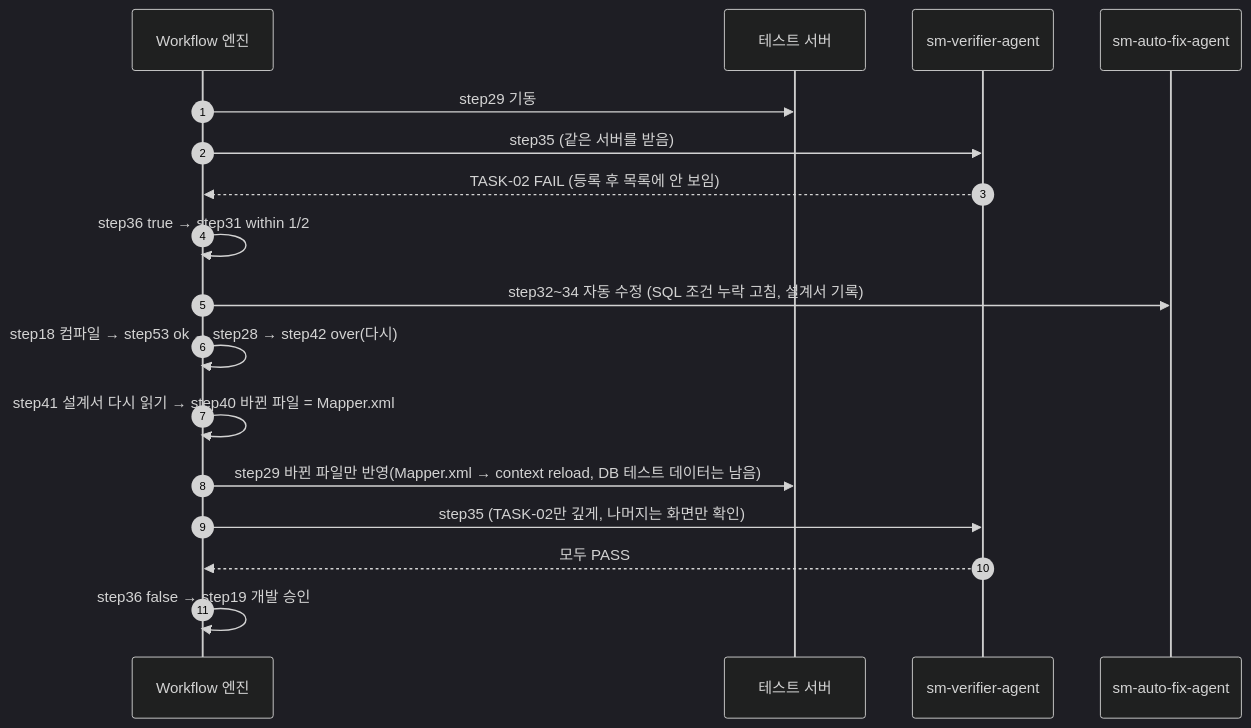
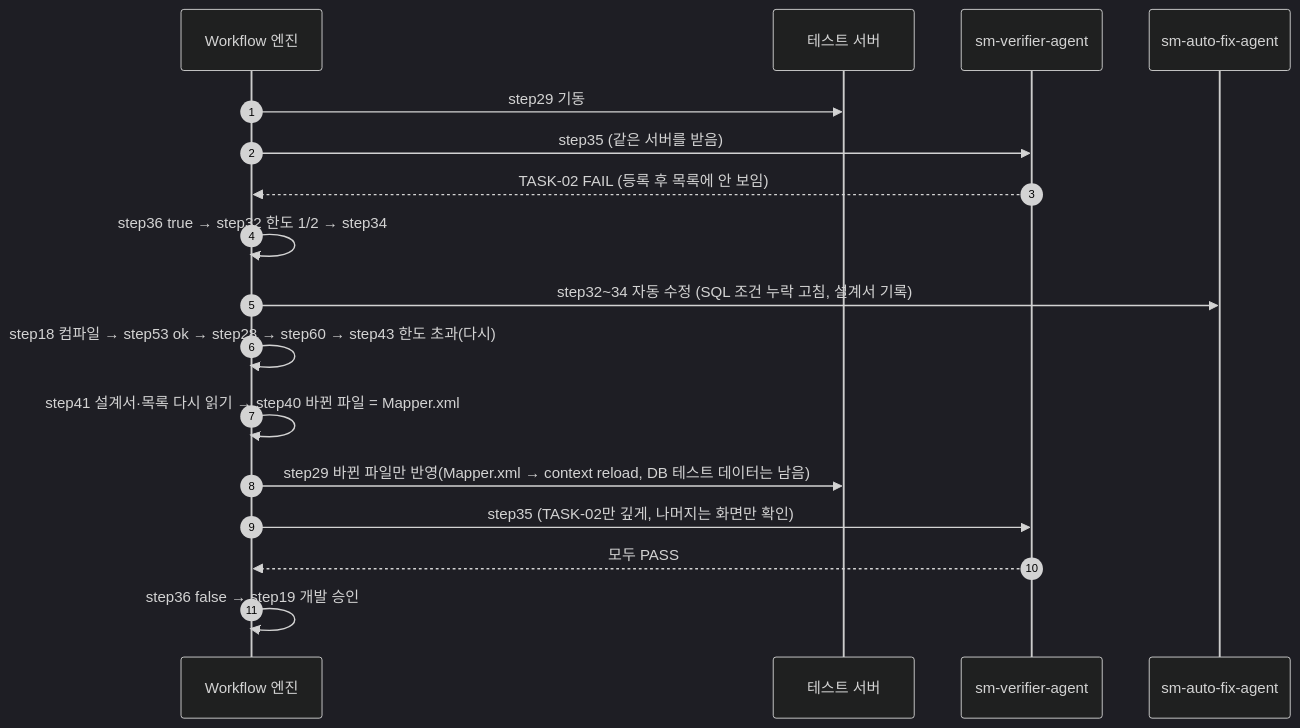
Diagram 23 of 24 in docs/09.dstone-ai-engine-sm-workflow.md (YongSoekChoeng/dstone), drawn with Mermaid (dark theme) before and after one commit. The commit also changed other lines of this file and 26 other files, not shown here.

````diff
--- a/docs/09.dstone-ai-engine-sm-workflow.md
+++ b/docs/09.dstone-ai-engine-sm-workflow.md
@@ -1667,19 +1599,19 @@
 ```mermaid
 sequenceDiagram
     autonumber
     participant WF as Workflow 엔진
     participant SB as 테스트 서버
     participant VF as sm-verifier-agent
     participant FX as sm-auto-fix-agent
     WF->>SB: step29 기동
     WF->>VF: step35 (같은 서버를 받음)
     VF-->>WF: TASK-02 FAIL (등록 후 목록에 안 보임)
-    WF->>WF: step36 true → step31 within 1/2
+    WF->>WF: step36 true → step32 한도 1/2 → step34
     WF->>FX: step32~34 자동 수정 (SQL 조건 누락 고침, 설계서 기록)
-    WF->>WF: step18 컴파일 → step53 ok → step28 → step42 over(다시)
-    WF->>WF: step41 설계서 다시 읽기 → step40 바뀐 파일 = Mapper.xml
+    WF->>WF: step18 컴파일 → step53 ok → step28 → step60 → step43 한도 초과(다시)
+    WF->>WF: step41 설계서·목록 다시 읽기 → step40 바뀐 파일 = Mapper.xml
     WF->>SB: step29 바뀐 파일만 반영(Mapper.xml → context reload, DB 테스트 데이터는 남음)
     WF->>VF: step35 (TASK-02만 깊게, 나머지는 화면만 확인)
     VF-->>WF: 모두 PASS
     WF->>WF: step36 false → step19 개발 승인
 ```
````
